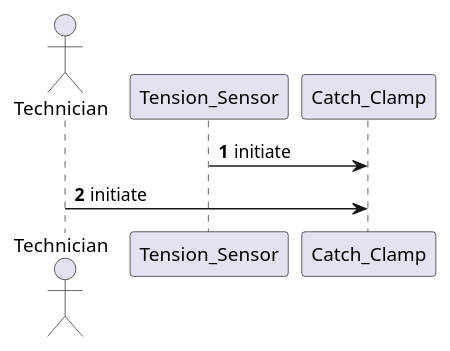
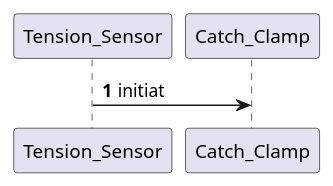
Before and after one commit to MarijnVerschuren/Tech: the diagram in software/design/elevator/initiate_catch_clamp_sequence_diagram.puml, drawn with PlantUML. The commit also changed 39 other files, not shown here.

```diff
--- a/software/design/elevator/initiate_catch_clamp_sequence_diagram.puml
+++ b/software/design/elevator/initiate_catch_clamp_sequence_diagram.puml
@@ -1,11 +1,9 @@
 @startuml
 autonumber
 
-actor Technician as T
 participant Tension_Sensor as TS
 participant Catch_Clamp as CC
 
-TS		->		CC:		initiate
-T		->		CC:		initiate
+TS		->		CC:		initiat
 
 @enduml
```
